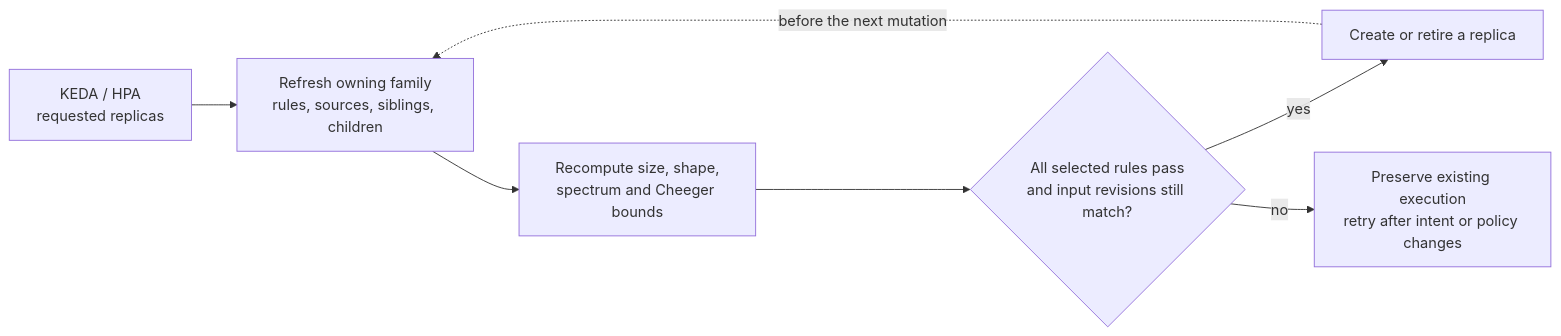
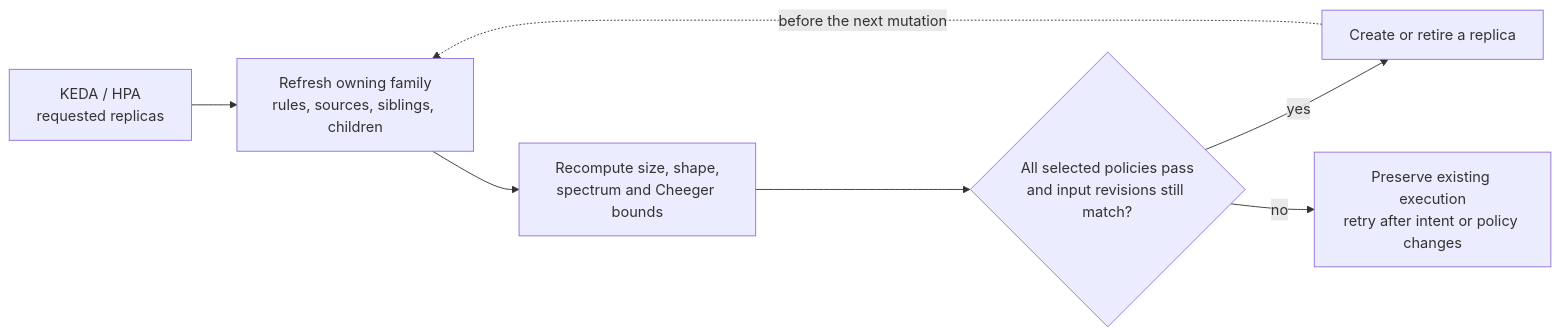
Diagram 23 of 23 in docs/graphs/replication.md (astrivant/polyad), drawn with Mermaid before and after one commit. The commit also changed other lines of this file and 182 other files, not shown here.

Commit message:
GraphPolicies rename

````diff
--- a/docs/graphs/replication.md
+++ b/docs/graphs/replication.md
@@ -1692,9 +1692,9 @@
 ```mermaid
 flowchart LR
     demand["KEDA / HPA<br/>requested replicas"] --> inputs["Refresh owning family<br/>rules, sources, siblings, children"]
     inputs --> compute["Recompute size, shape,<br/>spectrum and Cheeger bounds"]
-    compute --> valid{"All selected rules pass<br/>and input revisions still match?"}
+    compute --> valid{"All selected policies pass<br/>and input revisions still match?"}
     valid -->|yes| action["Create or retire a replica"]
     valid -->|no| blocked["Preserve existing execution<br/>retry after intent or policy changes"]
     action -. "before the next mutation" .-> inputs
 ```
````
